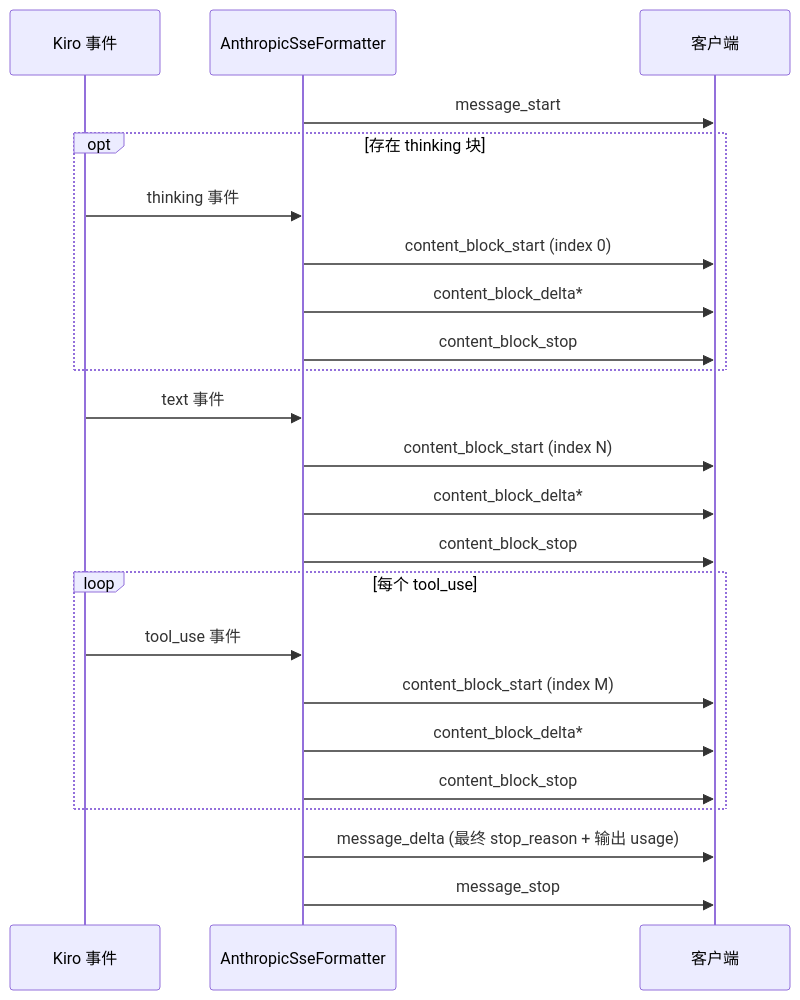
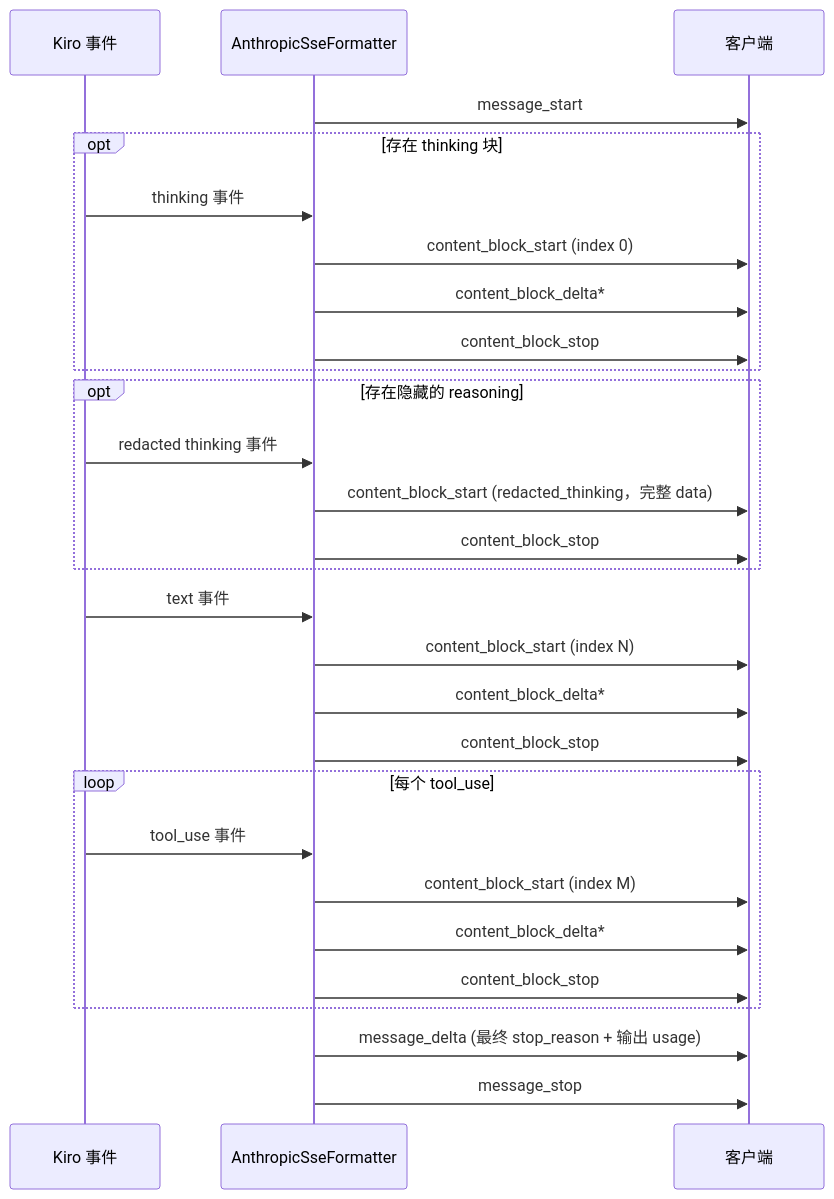
One commit to dennis0700/Lanius changed the second of 2 diagrams in docs/zh-CN/streaming.md. Above: the diagram before and after it, drawn with Mermaid. The commit also changed other lines of this file and 45 other files, not shown here.

````diff
--- a/docs/zh-CN/streaming.md
+++ b/docs/zh-CN/streaming.md
@@ -56,26 +56,31 @@
 ```mermaid
 sequenceDiagram
     participant K as Kiro 事件
     participant F as AnthropicSseFormatter
     participant C as 客户端
 
     F->>C: message_start
     opt 存在 thinking 块
         K->>F: thinking 事件
         F->>C: content_block_start (index 0)
         F->>C: content_block_delta*
+        F->>C: content_block_stop
+    end
+    opt 存在隐藏的 reasoning
+        K->>F: redacted thinking 事件
+        F->>C: content_block_start (redacted_thinking，完整 data)
         F->>C: content_block_stop
     end
     K->>F: text 事件
     F->>C: content_block_start (index N)
     F->>C: content_block_delta*
     F->>C: content_block_stop
     loop 每个 tool_use
         K->>F: tool_use 事件
         F->>C: content_block_start (index M)
         F->>C: content_block_delta*
         F->>C: content_block_stop
     end
     F->>C: message_delta (最终 stop_reason + 输出 usage)
     F->>C: message_stop
 ```
````
